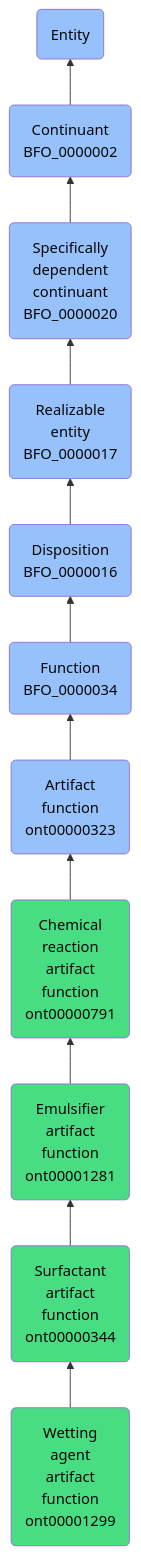
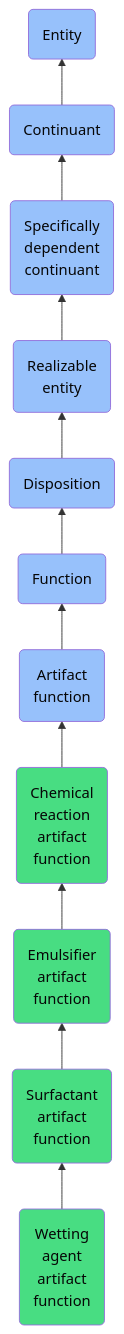
The diagram in docs/ontology/reference/model/Entity/Continuant/Specifically dependent continuant/Realizable entity/Disposition/Function/Artifact function/Chemical reaction artifact function/Emulsifier artifact function/Surfactant artifact function/Wetting agent artifact function/Wetting agent artifact function.md (jupyter-naas/abi), drawn with Mermaid before and after one commit. The commit also changed other lines of this file and 1430 other files, not shown here.

````diff
--- a/docs/ontology/reference/model/Entity/Continuant/Specifically dependent continuant/Realizable entity/Disposition/Function/Artifact function/Chemical reaction artifact function/Emulsifier artifact function/Surfactant artifact function/Wetting agent artifact function/Wetting agent artifact function.md
+++ b/docs/ontology/reference/model/Entity/Continuant/Specifically dependent continuant/Realizable entity/Disposition/Function/Artifact function/Chemical reaction artifact function/Emulsifier artifact function/Surfactant artifact function/Wetting agent artifact function/Wetting agent artifact function.md
@@ -24,18 +24,18 @@
 ```mermaid
 graph BT
-    ont00001299(Wetting<br>agent<br>artifact<br>function<br>ont00001299):::ABI-->ont00000344
-    ont00000344(Surfactant<br>artifact<br>function<br>ont00000344):::ABI-->ont00001281
-    ont00001281(Emulsifier<br>artifact<br>function<br>ont00001281):::ABI-->ont00000791
-    ont00000791(Chemical<br>reaction<br>artifact<br>function<br>ont00000791):::ABI-->ont00000323
-    ont00000323(Artifact<br>function<br>ont00000323):::BFO-->BFO_0000034
-    BFO_0000034(Function<br>BFO_0000034):::BFO-->BFO_0000016
-    BFO_0000016(Disposition<br>BFO_0000016):::BFO-->BFO_0000017
-    BFO_0000017(Realizable<br>entity<br>BFO_0000017):::BFO-->BFO_0000020
-    BFO_0000020(Specifically<br>dependent<br>continuant<br>BFO_0000020):::BFO-->BFO_0000002
-    BFO_0000002(Continuant<br>BFO_0000002):::BFO-->BFO_0000001
+    ont00001299(Wetting<br>agent<br>artifact<br>function):::ABI-->ont00000344
+    ont00000344(Surfactant<br>artifact<br>function):::ABI-->ont00001281
+    ont00001281(Emulsifier<br>artifact<br>function):::ABI-->ont00000791
+    ont00000791(Chemical<br>reaction<br>artifact<br>function):::ABI-->ont00000323
+    ont00000323(Artifact<br>function):::BFO-->BFO_0000034
+    BFO_0000034(Function):::BFO-->BFO_0000016
+    BFO_0000016(Disposition):::BFO-->BFO_0000017
+    BFO_0000017(Realizable<br>entity):::BFO-->BFO_0000020
+    BFO_0000020(Specifically<br>dependent<br>continuant):::BFO-->BFO_0000002
+    BFO_0000002(Continuant):::BFO-->BFO_0000001
     BFO_0000001(Entity):::BFO
     
     classDef BFO fill:#97c1fb,color:#060606
     classDef CCO fill:#e4c51e,color:#060606
     classDef ABI fill:#48DD82,color:#060606
 ```
````
